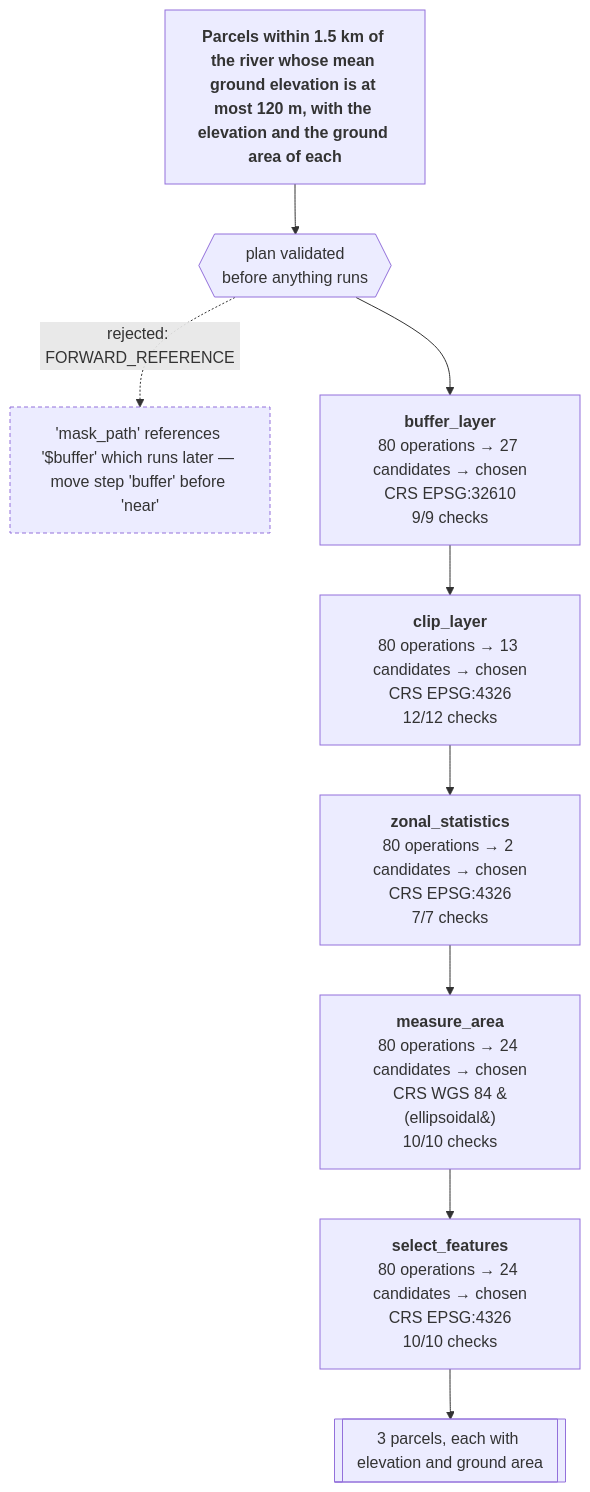
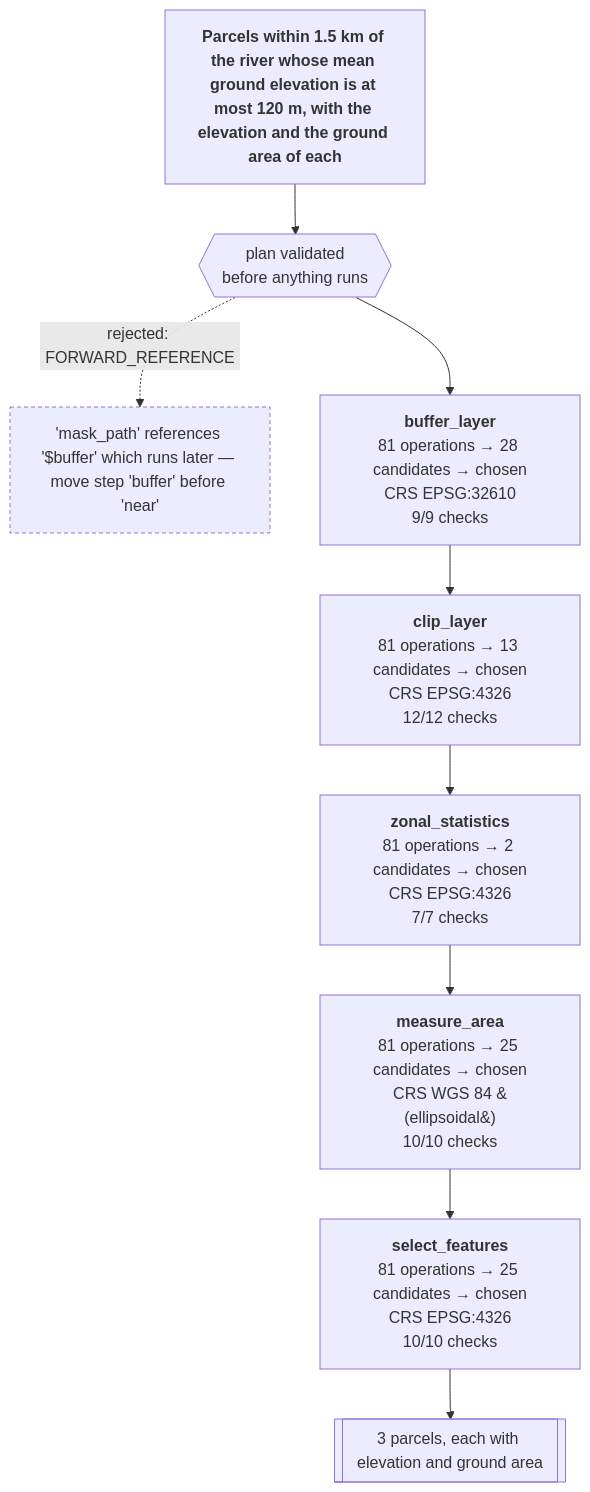
One commit to mapsmith-ai/MapSmith changed the diagram in README.md. Above: the diagram before and after it, drawn with Mermaid. The commit also changed other lines of this file and 16 other files, not shown here.

````diff
--- a/README.md
+++ b/README.md
@@ -89,20 +89,20 @@
 ```mermaid
 flowchart TB
   ASK["<b>Parcels within 1.5 km of the river whose mean ground elevation is at most 120 m, with the elevation and the ground area of each</b>"]
   ASK --> PLAN{{"plan validated<br/>before anything runs"}}
   PLAN -. "rejected: FORWARD_REFERENCE" .-> BAD["'mask_path' references '$buffer' which runs later — move step 'buffer' before 'near'"]
   BAD:::bad
-  BUFFER["<b>buffer_layer</b><br/>80 operations &rarr; 27 candidates &rarr; chosen<br/>CRS EPSG:32610<br/>9/9 checks"]
+  BUFFER["<b>buffer_layer</b><br/>81 operations &rarr; 28 candidates &rarr; chosen<br/>CRS EPSG:32610<br/>9/9 checks"]
   PLAN --> BUFFER
-  NEAR["<b>clip_layer</b><br/>80 operations &rarr; 13 candidates &rarr; chosen<br/>CRS EPSG:4326<br/>12/12 checks"]
+  NEAR["<b>clip_layer</b><br/>81 operations &rarr; 13 candidates &rarr; chosen<br/>CRS EPSG:4326<br/>12/12 checks"]
   BUFFER --> NEAR
-  HEIGHT["<b>zonal_statistics</b><br/>80 operations &rarr; 2 candidates &rarr; chosen<br/>CRS EPSG:4326<br/>7/7 checks"]
+  HEIGHT["<b>zonal_statistics</b><br/>81 operations &rarr; 2 candidates &rarr; chosen<br/>CRS EPSG:4326<br/>7/7 checks"]
   NEAR --> HEIGHT
-  AREA["<b>measure_area</b><br/>80 operations &rarr; 24 candidates &rarr; chosen<br/>CRS WGS 84 &#40;ellipsoidal&#41;<br/>10/10 checks"]
+  AREA["<b>measure_area</b><br/>81 operations &rarr; 25 candidates &rarr; chosen<br/>CRS WGS 84 &#40;ellipsoidal&#41;<br/>10/10 checks"]
   HEIGHT --> AREA
-  FILTER["<b>select_features</b><br/>80 operations &rarr; 24 candidates &rarr; chosen<br/>CRS EPSG:4326<br/>10/10 checks"]
+  FILTER["<b>select_features</b><br/>81 operations &rarr; 25 candidates &rarr; chosen<br/>CRS EPSG:4326<br/>10/10 checks"]
   AREA --> FILTER
   OUT[["3 parcels, each with elevation and ground area"]]
   FILTER --> OUT
   classDef bad stroke-dasharray: 4 3
 ```
````
